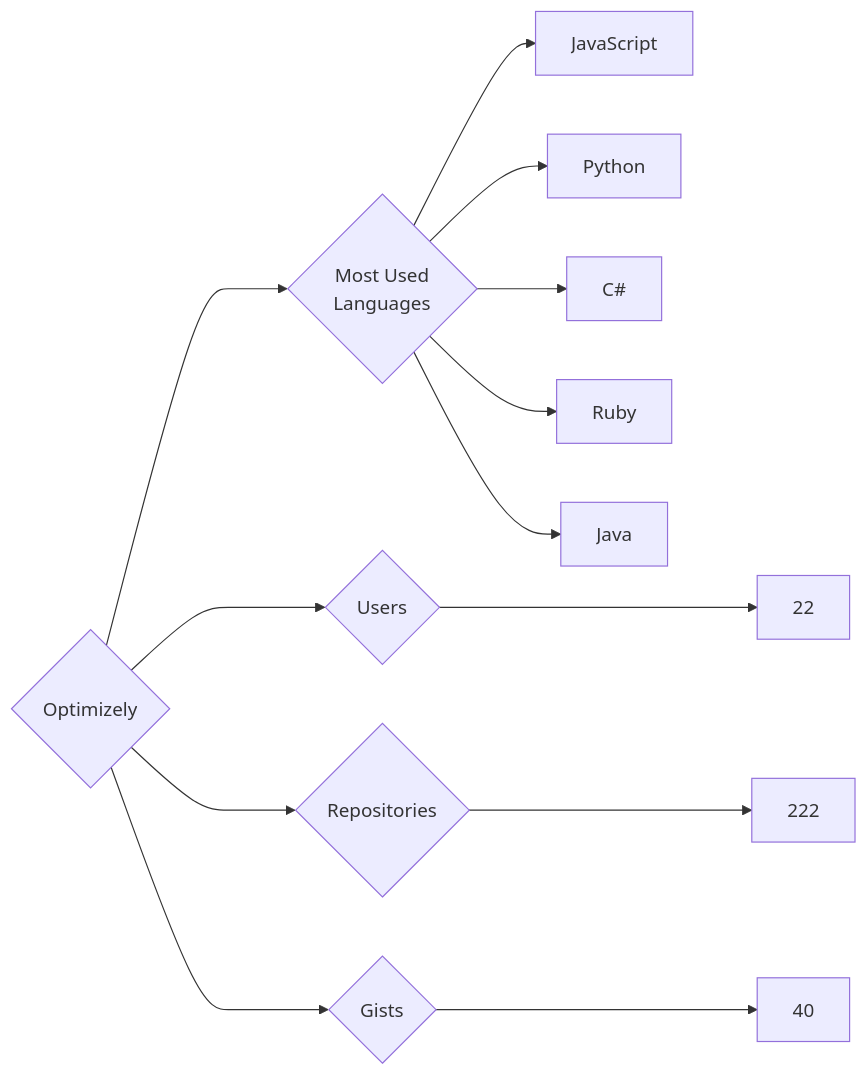
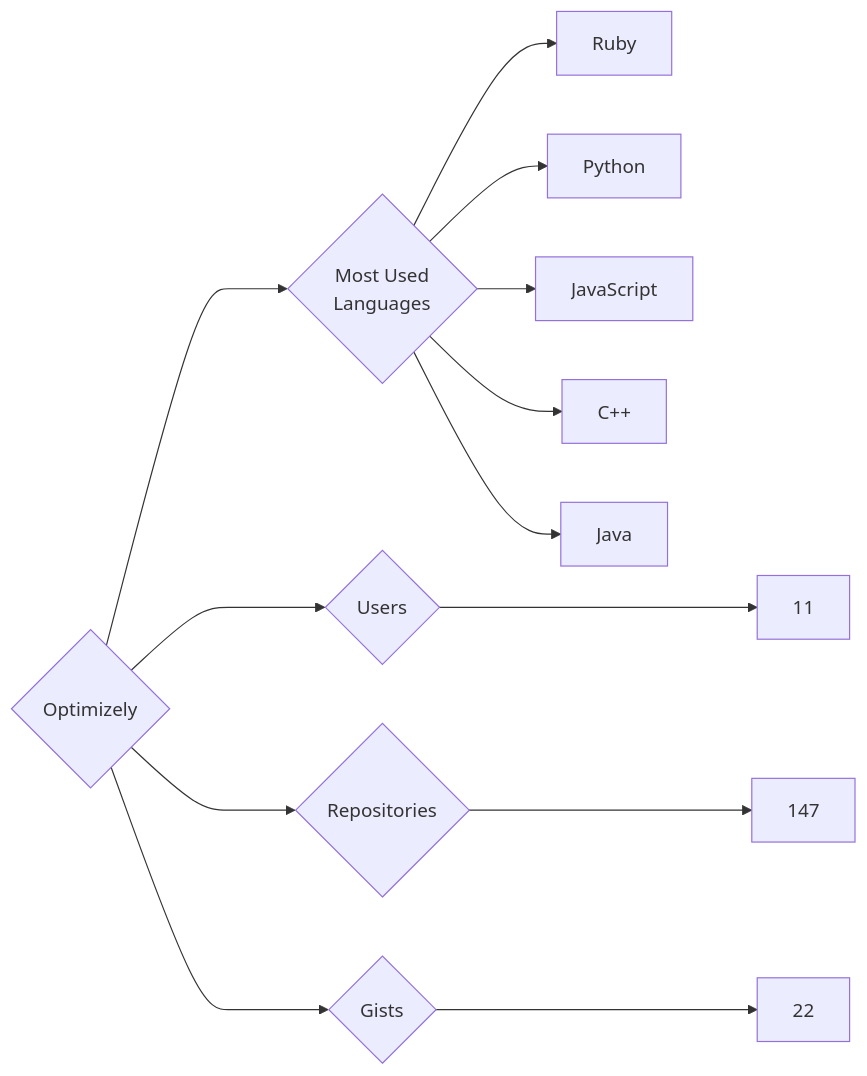
Before and after one commit to trickest/insiders: the diagram in targets/Optimizely/README.md, drawn with Mermaid. The commit also changed 829 other files, not shown here.

````diff
--- a/targets/Optimizely/README.md
+++ b/targets/Optimizely/README.md
@@ -3,13 +3,13 @@
 ```mermaid
 graph LR
 COMPANY_NAME{Optimizely}
-COMPANY_NAME ---> U{Users} ---> UN[22]
-COMPANY_NAME ---> R{Repositories} ---> RN[222]
-COMPANY_NAME ---> G{Gists} ---> GN[40]
+COMPANY_NAME ---> U{Users} ---> UN[11]
+COMPANY_NAME ---> R{Repositories} ---> RN[147]
+COMPANY_NAME ---> G{Gists} ---> GN[22]
 COMPANY_NAME ---> ML{Most Used<br>Languages}
+ML --> Ruby[Ruby]
+ML --> Python[Python]
 ML --> JavaScript[JavaScript]
-ML --> Python[Python]
-ML --> C#[C#]
-ML --> Ruby[Ruby]
+ML --> C++[C++]
 ML --> Java[Java]
 ```
````
